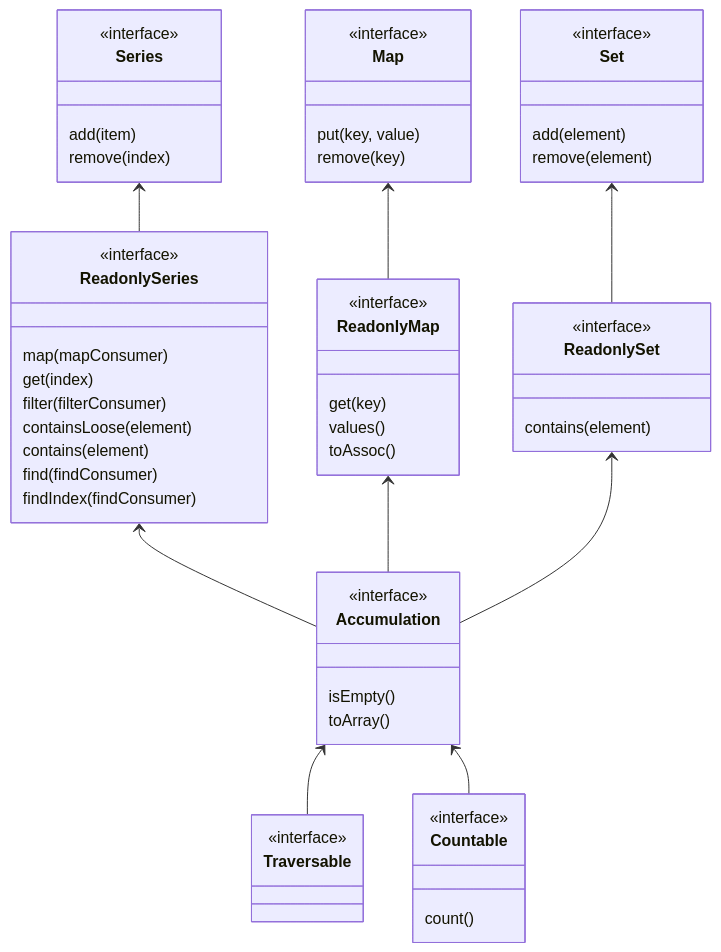
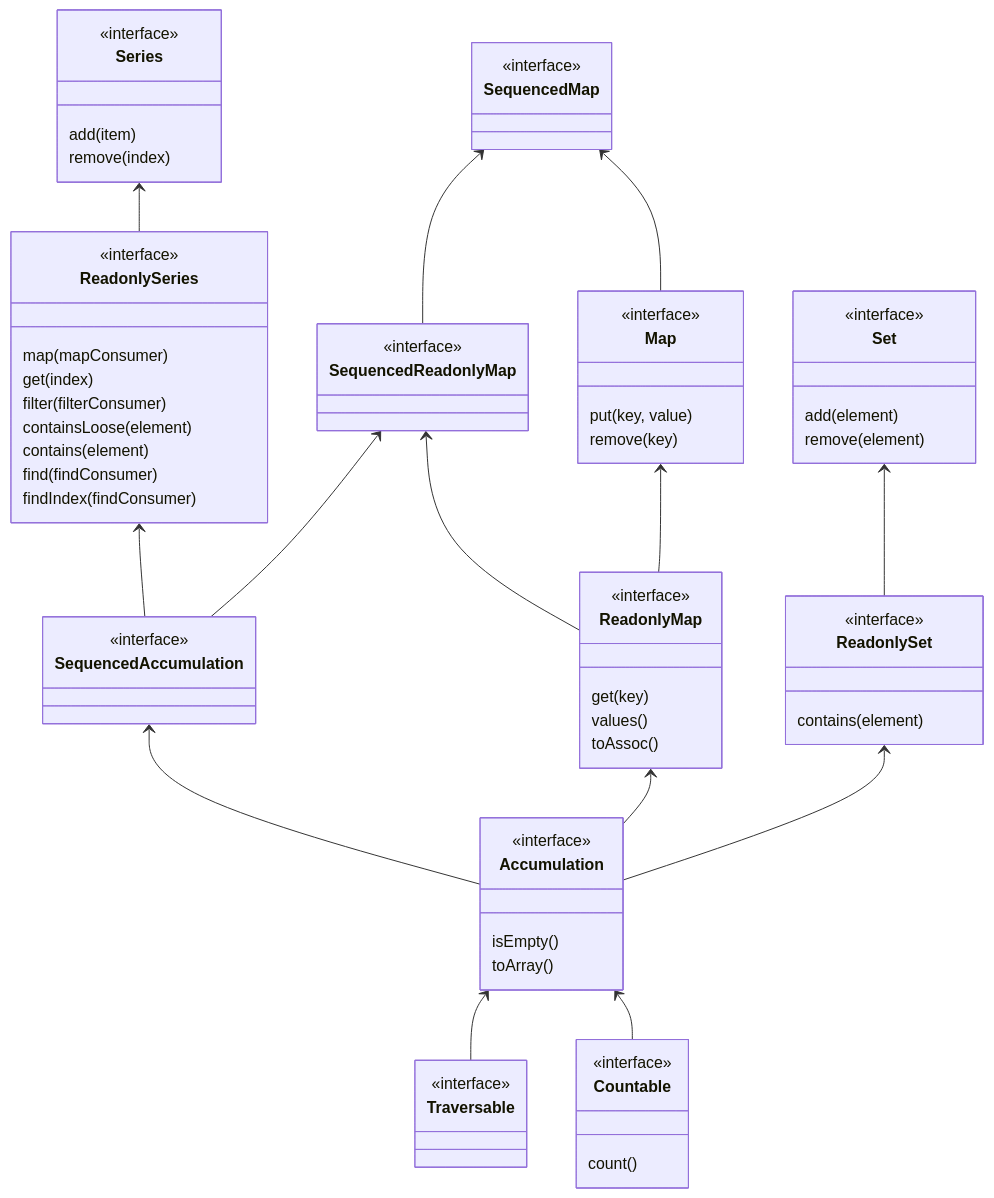
Before and after one commit to N-Silbernagel/AccumulatePHP: the diagram in README.md, drawn with Mermaid. The commit also changed 3 other files, not shown here.

````diff
--- a/README.md
+++ b/README.md
@@ -33,63 +33,78 @@
 ```mermaid
 classDiagram
 class Countable {
     <<interface>>
     count()
 }
 
 class Traversable {
     <<interface>>
 }
 
 class Accumulation {
   <<interface>>
   isEmpty()
   toArray()
 }
 Accumulation <-- Traversable
 Accumulation <-- Countable
 
+class SequencedAccumulation {
+  <<interface>>
+}
+SequencedAccumulation <-- Accumulation
+
 class ReadonlySeries {
     <<interface>>
     map(mapConsumer)
     get(index)
     filter(filterConsumer)
     containsLoose(element)
     contains(element)
     find(findConsumer)
     findIndex(findConsumer)
 }
-ReadonlySeries <-- Accumulation
+ReadonlySeries <-- SequencedAccumulation
 class Series {
     <<interface>>
     add(item)
     remove(index)
 }
 Series <-- ReadonlySeries
 
 class ReadonlyMap {
     <<interface>>
     get(key)
     values()
     toAssoc()
 }
 ReadonlyMap <-- Accumulation
+class SequencedReadonlyMap {
+    <<interface>>
+}
+SequencedReadonlyMap <-- ReadonlyMap
+SequencedReadonlyMap <-- SequencedAccumulation
 class Map {
     <<interface>>
     put(key, value)
     remove(key)
 }
 Map <-- ReadonlyMap
+class SequencedMap {
+    <<interface>>
+}
+SequencedMap <-- SequencedReadonlyMap
+SequencedMap <-- Map
 
 class ReadonlySet {
     <<interface>>
     contains(element)
 }
 ReadonlySet <-- Accumulation
 class Set {
     <<interface>>
     add(element)
     remove(element)
 }
 Set <-- ReadonlySet
 ```
````
